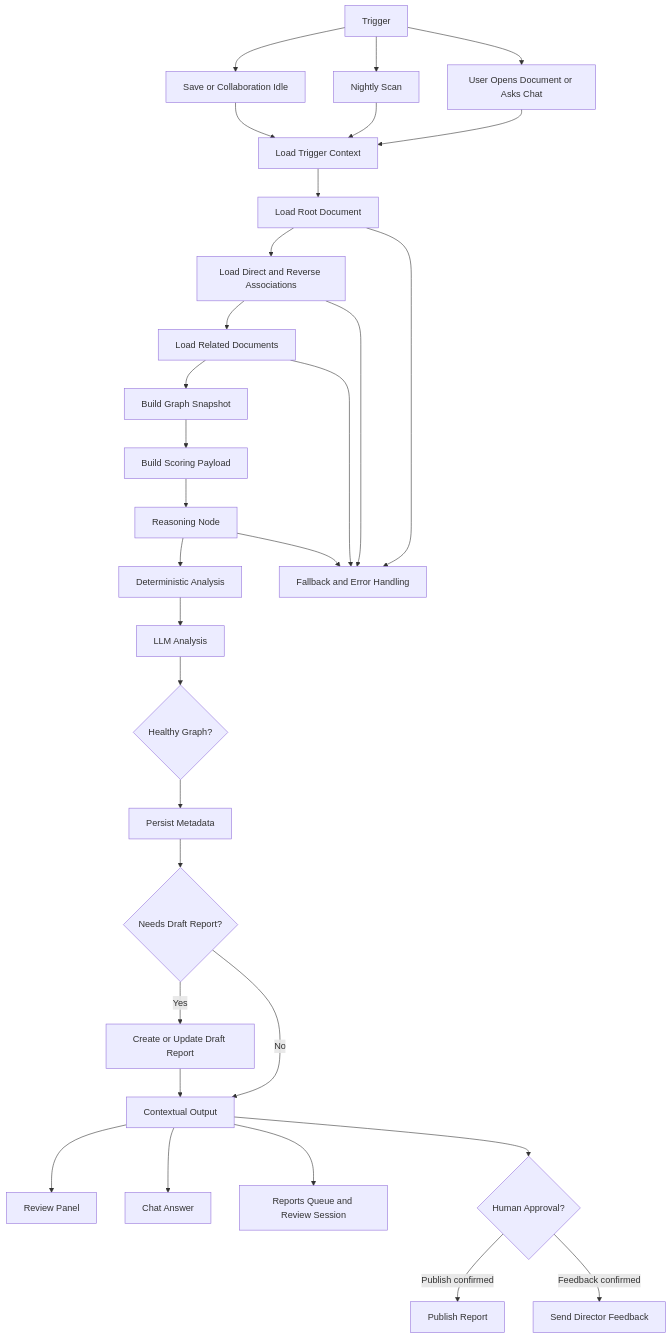
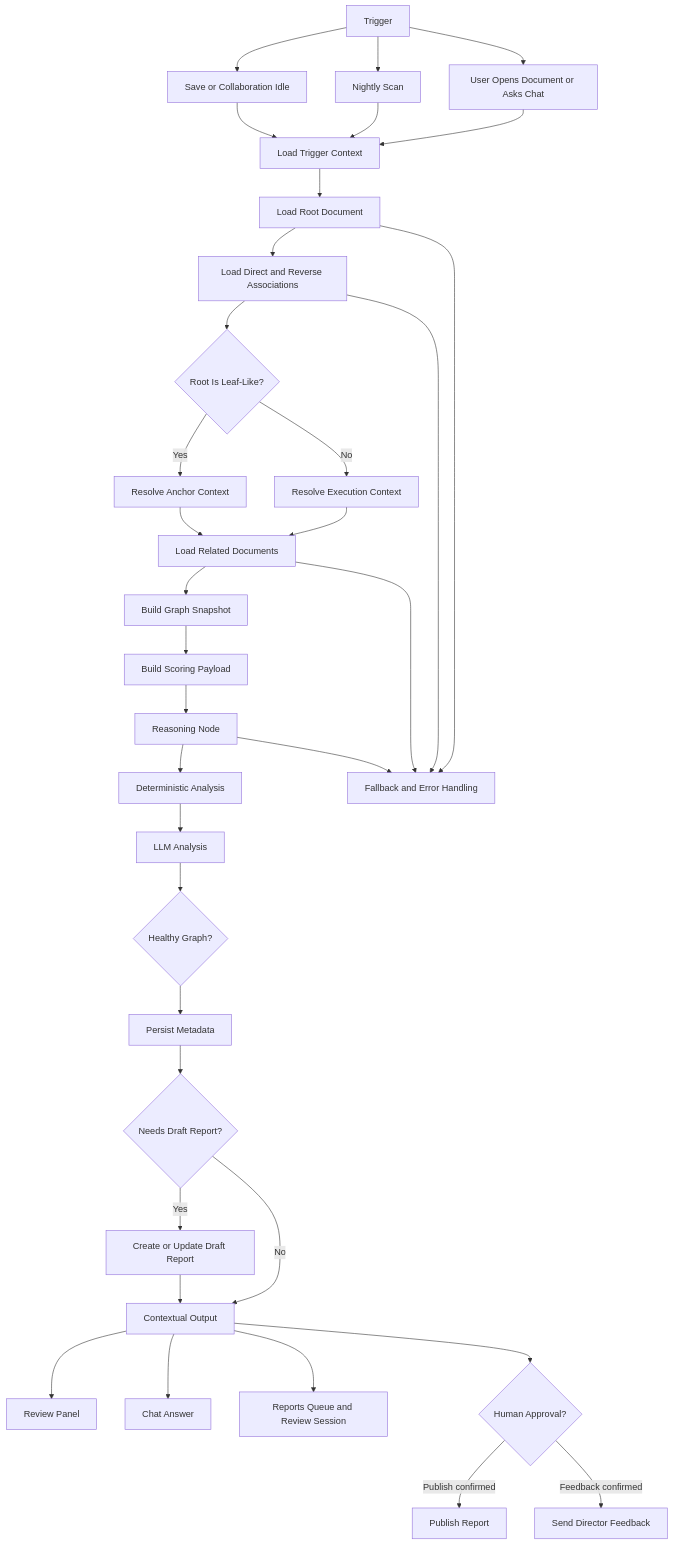
The diagram in FLEETGRAPH.md (aaharbaugh/ship), drawn with Mermaid before and after one commit. The commit also changed other lines of this file and 34 other files, not shown here.

Commit message:
Improve FleetGraph proof flows and demo seed data

````diff
--- a/FLEETGRAPH.md
+++ b/FLEETGRAPH.md
@@ -73,57 +73,64 @@
 ```mermaid
 flowchart TD
     A[Trigger]
     A1[Save or Collaboration Idle]
     A2[Nightly Scan]
     A3[User Opens Document or Asks Chat]
 
     B[Load Trigger Context]
     C[Load Root Document]
     D[Load Direct and Reverse Associations]
-    E[Load Related Documents]
-    F[Build Graph Snapshot]
-    G[Build Scoring Payload]
-    H[Reasoning Node]
-    H1[Deterministic Analysis]
-    H2[LLM Analysis]
-    I{Healthy Graph?}
-    J[Persist Metadata]
-    K{Needs Draft Report?}
-    L[Create or Update Draft Report]
-    M[Contextual Output]
-    M1[Review Panel]
-    M2[Chat Answer]
-    M3[Reports Queue and Review Session]
-    N{Human Approval?}
-    O[Publish Report]
-    P[Send Director Feedback]
-    Q[Fallback and Error Handling]
+    E{Root Is Leaf-Like?}
+    E1[Resolve Anchor Context]
+    E2[Resolve Execution Context]
+    F[Load Related Documents]
+    G[Build Graph Snapshot]
+    H[Build Scoring Payload]
+    I[Reasoning Node]
+    I1[Deterministic Analysis]
+    I2[LLM Analysis]
+    J{Healthy Graph?}
+    K[Persist Metadata]
+    L{Needs Draft Report?}
+    M[Create or Update Draft Report]
+    N[Contextual Output]
+    N1[Review Panel]
+    N2[Chat Answer]
+    N3[Reports Queue and Review Session]
+    O{Human Approval?}
+    P[Publish Report]
+    Q[Send Director Feedback]
+    R[Fallback and Error Handling]
 
     A --> A1 --> B
     A --> A2 --> B
     A --> A3 --> B
     B --> C
     C --> D
     D --> E
-    E --> F
+    E -- Yes --> E1
+    E -- No --> E2
+    E1 --> F
+    E2 --> F
     F --> G
     G --> H
-    H --> H1
-    H1 --> H2
-    H2 --> I
-    I --> J
+    H --> I
+    I --> I1
+    I1 --> I2
+    I2 --> J
     J --> K
-    K -- Yes --> L
-    K -- No --> M
-    L --> M
-    M --> M1
-    M --> M2
-    M --> M3
+    K --> L
+    L -- Yes --> M
+    L -- No --> N
     M --> N
-    N -- Publish confirmed --> O
-    N -- Feedback confirmed --> P
-    C --> Q
-    D --> Q
-    E --> Q
-    H --> Q
+    N --> N1
+    N --> N2
+    N --> N3
+    N --> O
+    O -- Publish confirmed --> P
+    O -- Feedback confirmed --> Q
+    C --> R
+    D --> R
+    F --> R
+    I --> R
 ```
````
